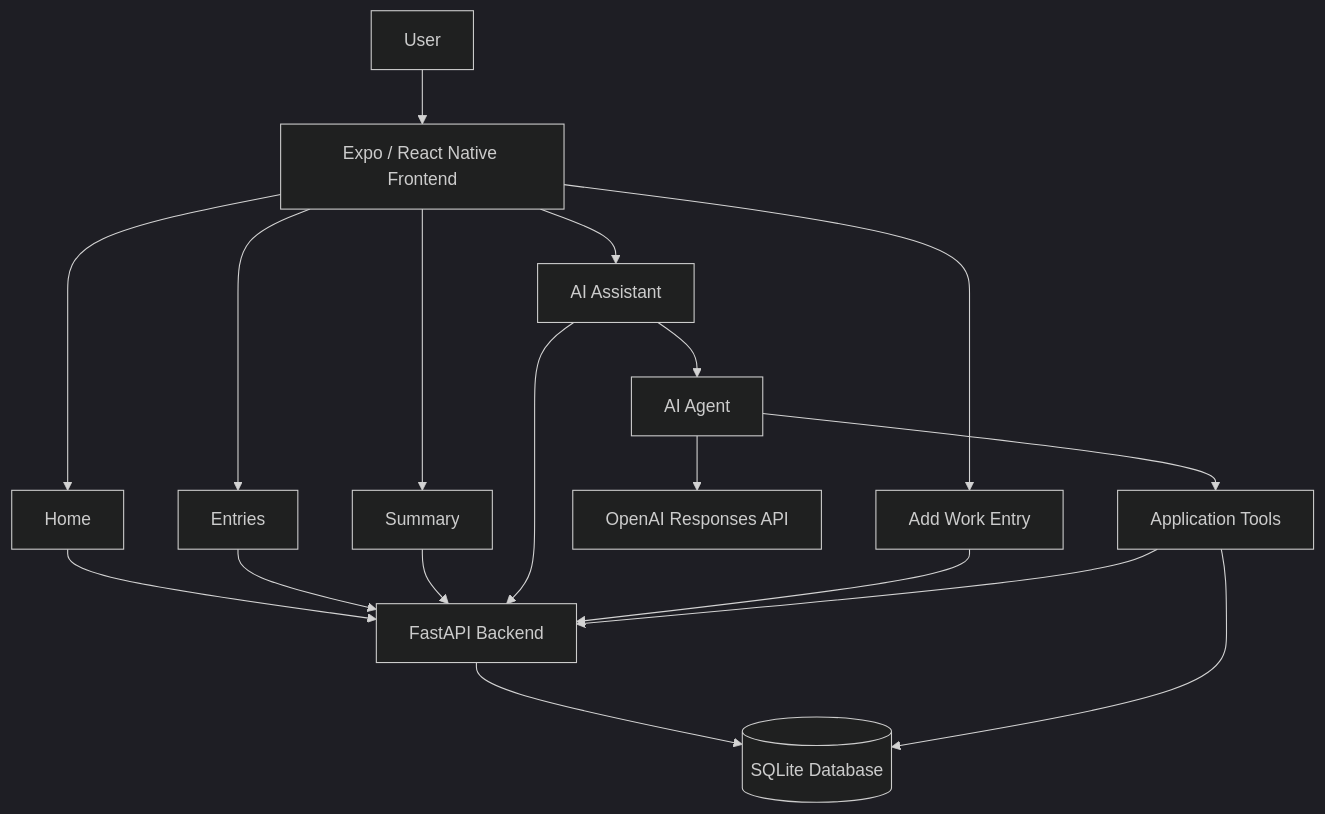
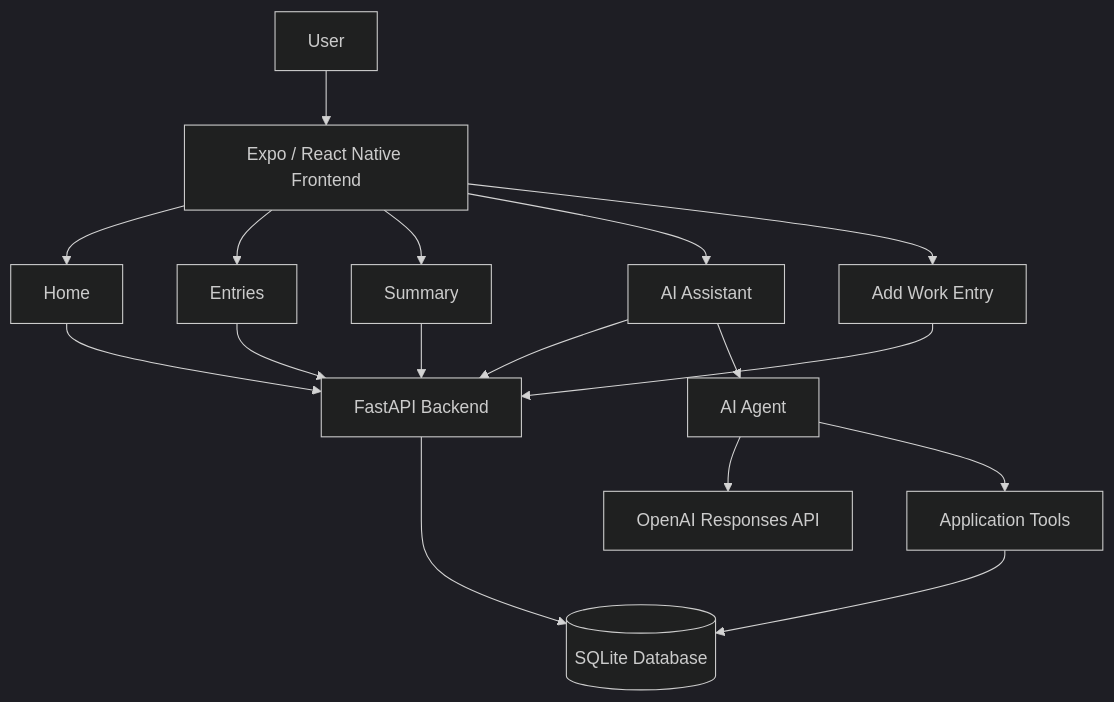
Before and after one commit to Emmanuel-K0ech/work-hour-tracker: the diagram in README.md, drawn with Mermaid (dark theme). The commit also changed other lines of this file and 1 other file, not shown here.

````diff
--- a/README.md
+++ b/README.md
@@ -83,25 +97,24 @@
 ```mermaid
 flowchart TD
     U[User] --> F[Expo / React Native Frontend]
 
     F --> H[Home]
     F --> E[Entries]
     F --> S[Summary]
     F --> A[AI Assistant]
     F --> AD[Add Work Entry]
 
     H --> API[FastAPI Backend]
     E --> API
     S --> API
     A --> API
     AD --> API
 
     API --> DB[(SQLite Database)]
 
     A --> AG[AI Agent]
     AG --> O[OpenAI Responses API]
     AG --> T[Application Tools]
 
     T --> DB
-    T --> API
 ```
````
